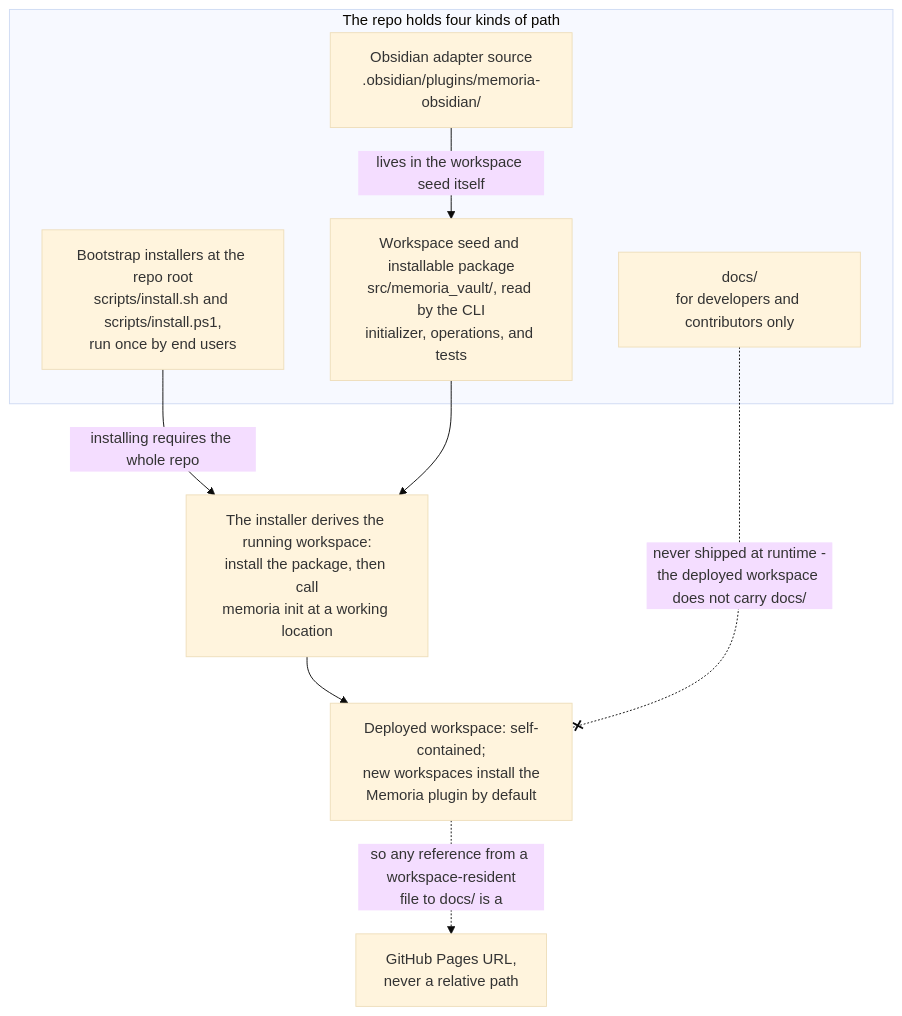
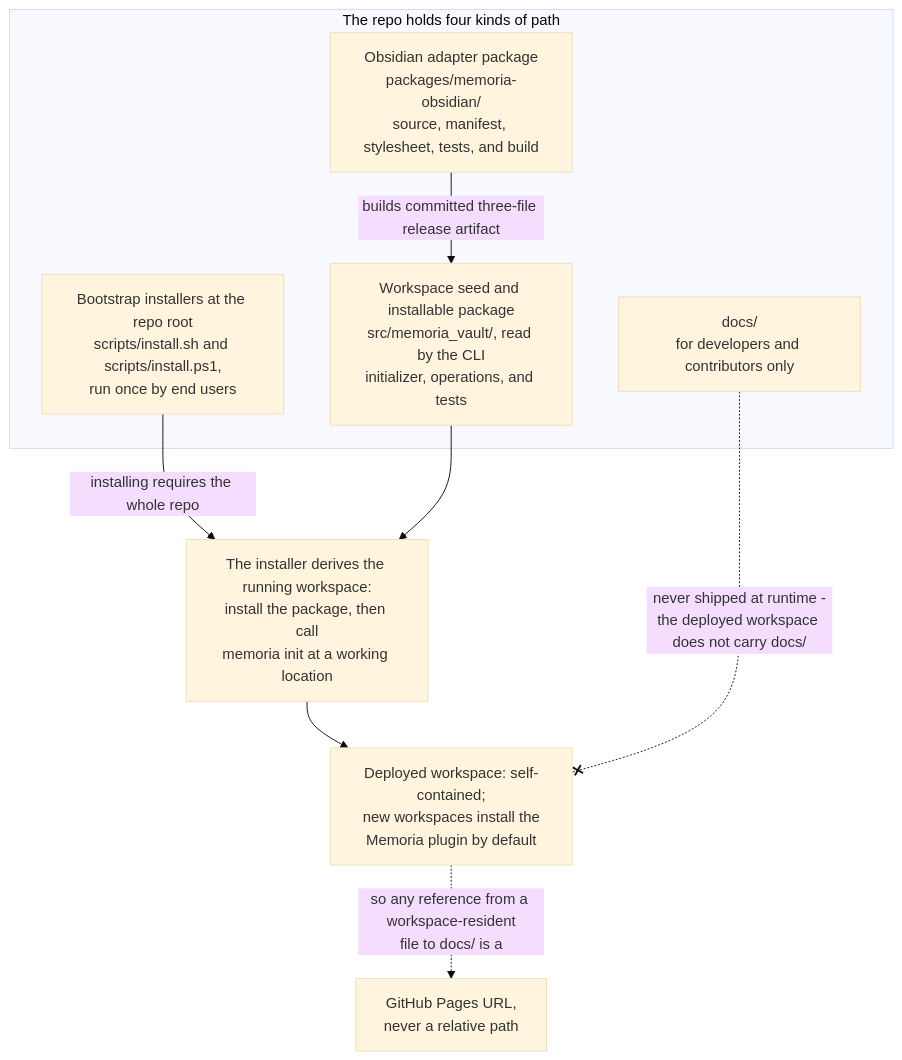
The diagram in docs/explanation/rationale/deployment/distribution-model.md (eranroseman/memoria-vault), drawn with Mermaid (base theme) before and after one commit. The commit also changed other lines of this file and 79 other files, not shown here.

First line of the commit message:
Bundle the Memoria Obsidian plugin for desktop loading (#1804)

````diff
--- a/docs/explanation/rationale/deployment/distribution-model.md
+++ b/docs/explanation/rationale/deployment/distribution-model.md
@@ -38,20 +39,20 @@
 ```mermaid
 flowchart TD
     subgraph repo ["The repo holds four kinds of path"]
         installers["Bootstrap installers at the repo root<br/>scripts/install.sh and scripts/install.ps1,<br/>run once by end users"]
         seed["Workspace seed and installable package<br/>src/memoria_vault/, read by the CLI<br/>initializer, operations, and tests"]
-        adapter["Obsidian adapter source<br/>.obsidian/plugins/memoria-obsidian/"]
+        adapter["Obsidian adapter package<br/>packages/memoria-obsidian/<br/>source, manifest, stylesheet, tests, and build"]
         docs["docs/<br/>for developers and contributors only"]
     end
 
     derive["The installer derives the running workspace:<br/>install the package, then call<br/>memoria init at a working location"]
     workspace["Deployed workspace: self-contained;<br/>new workspaces install the<br/>Memoria plugin by default"]
     pages["GitHub Pages URL,<br/>never a relative path"]
 
-    adapter -- "lives in the workspace seed itself" --> seed
+    adapter -- "builds committed three-file release artifact" --> seed
     installers -- "installing requires the whole repo" --> derive
     seed --> derive
     derive --> workspace
     docs -. "never shipped at runtime -<br/>the deployed workspace does not carry docs/" .-x workspace
     workspace -. "so any reference from a workspace-resident<br/>file to docs/ is a" .-> pages
 ```
````
